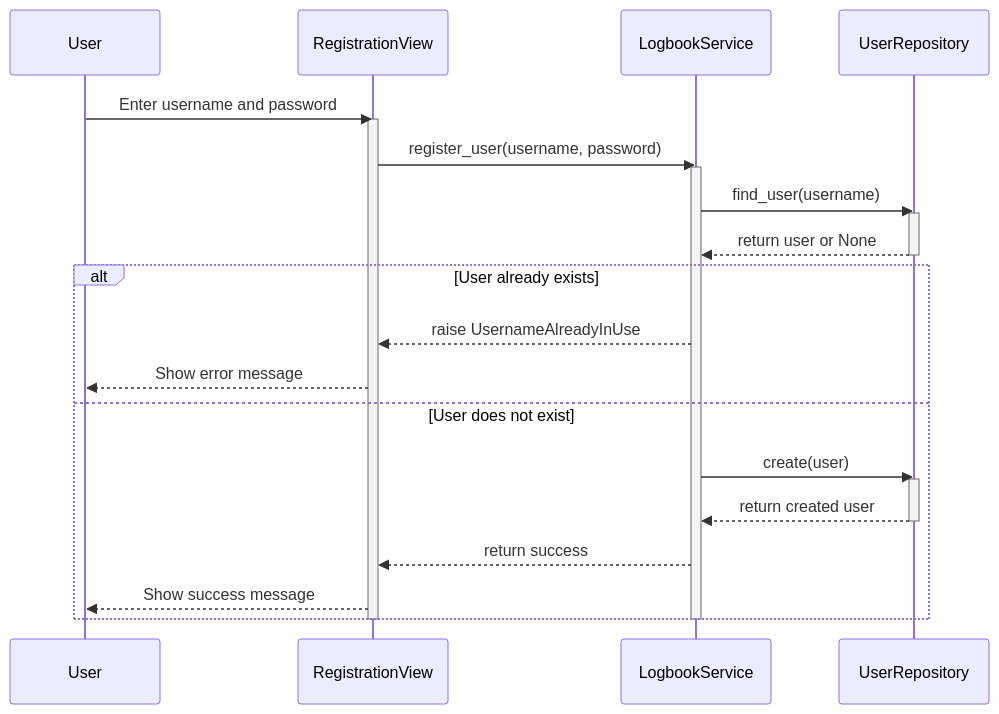
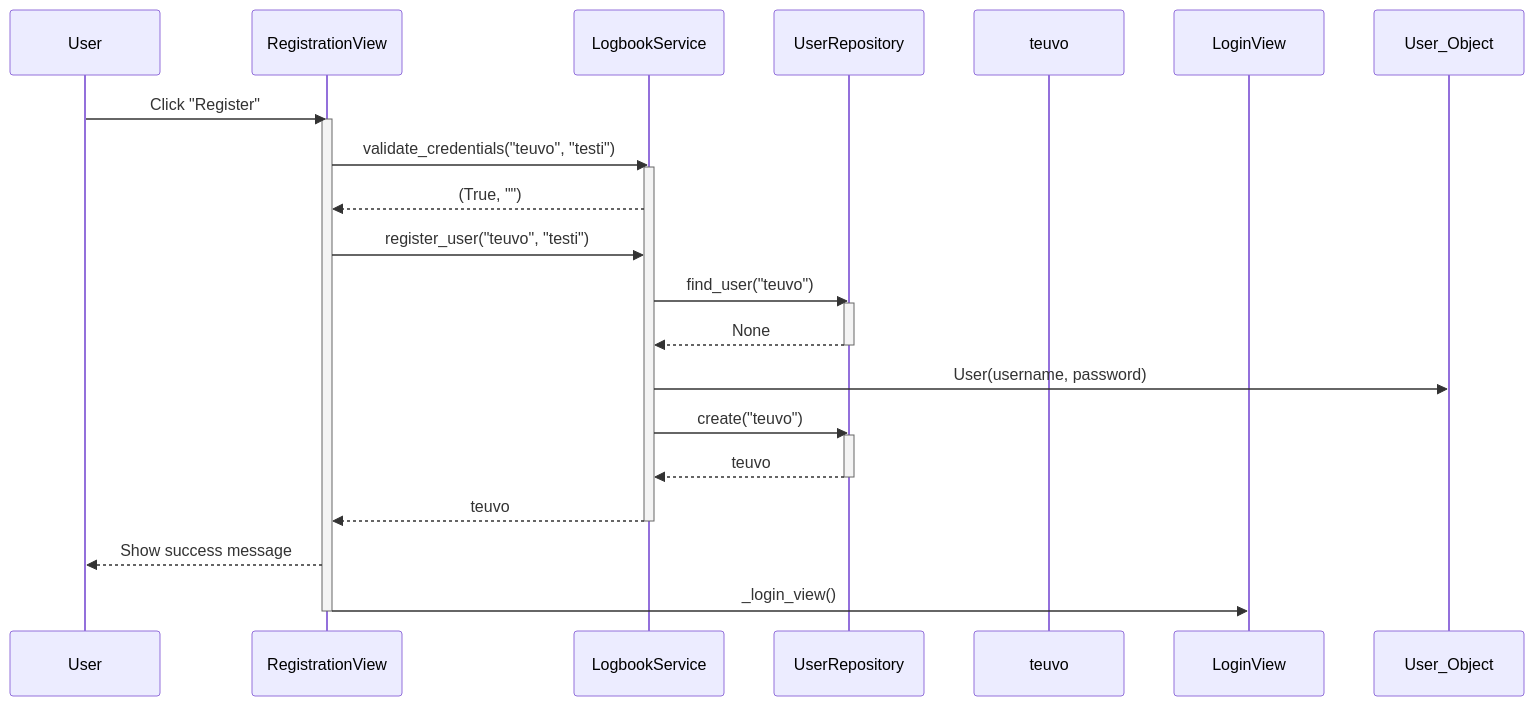
One commit to ilmari21/ot-harjoitustyo changed the fourth of 5 diagrams in dokumentaatio/arkkitehtuuri.md. Above: the diagram before and after it, drawn with Mermaid. The commit also changed other lines of this file, not shown here.

````diff
--- a/dokumentaatio/arkkitehtuuri.md
+++ b/dokumentaatio/arkkitehtuuri.md
@@ -72,30 +107,30 @@
 ```mermaid
- sequenceDiagram
+sequenceDiagram
     participant User
     participant RegistrationView
     participant LogbookService
     participant UserRepository
+    participant teuvo
+    participant LoginView
 
-    User->>RegistrationView: Enter username and password
+    User->>RegistrationView: Click "Register"
     activate RegistrationView
-    RegistrationView->>LogbookService: register_user(username, password)
+    RegistrationView->>LogbookService: validate_credentials("teuvo", "testi")
     activate LogbookService
-    LogbookService->>UserRepository: find_user(username)
+    LogbookService-->>RegistrationView: (True, "")
+    RegistrationView->>LogbookService: register_user("teuvo", "testi")
+    LogbookService->>UserRepository: find_user("teuvo")
     activate UserRepository
-    UserRepository-->>LogbookService: return user or None
+    UserRepository-->>LogbookService: None
     deactivate UserRepository
-
-    alt User already exists
-        LogbookService-->>RegistrationView: raise UsernameAlreadyInUse
-        RegistrationView-->>User: Show error message
-    else User does not exist
-        LogbookService->>UserRepository: create(user)
-        activate UserRepository
-        UserRepository-->>LogbookService: return created user
-        deactivate UserRepository
-        LogbookService-->>RegistrationView: return success
-        RegistrationView-->>User: Show success message
-    end
+    LogbookService->>User_Object: User(username, password)
+    LogbookService->>UserRepository: create("teuvo")
+    activate UserRepository
+    UserRepository-->>LogbookService: teuvo
+    deactivate UserRepository
+    LogbookService-->>RegistrationView: teuvo
     deactivate LogbookService
+    RegistrationView-->>User: Show success message
+    RegistrationView->>LoginView: _login_view()
     deactivate RegistrationView
 ```
````
